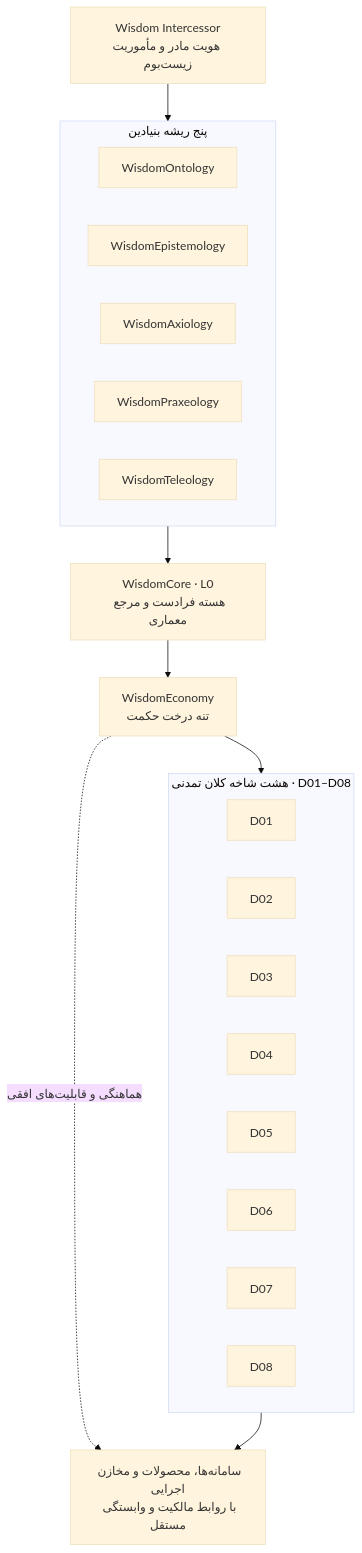
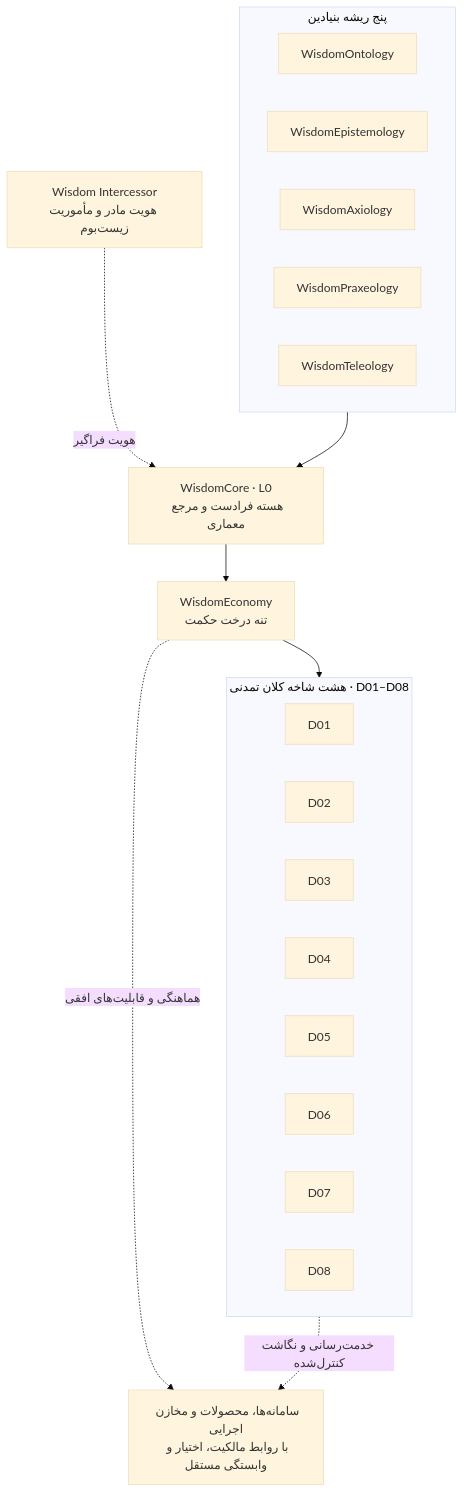
Before and after one commit to Wisdom-Intercessor/.github: the diagram in profile/README.md, drawn with Mermaid (base theme). The commit also changed other lines of this file, not shown here.

Commit message:
docs: align organization profile with WisdomEconomy trunk architecture

````diff
--- a/profile/README.md
+++ b/profile/README.md
@@ -31,30 +31,30 @@
 ```mermaid
 flowchart TB
   ID["Wisdom Intercessor<br/>هویت مادر و مأموریت زیست‌بوم"]
   subgraph ROOTS["پنج ریشه بنیادین"]
     O["WisdomOntology"]
     E["WisdomEpistemology"]
     A["WisdomAxiology"]
     P["WisdomPraxeology"]
     T["WisdomTeleology"]
   end
   CORE["WisdomCore · L0<br/>هسته فرادست و مرجع معماری"]
   TRUNK["WisdomEconomy<br/>تنه درخت حکمت"]
-  subgraph BRANCHES["هشت شاخه کلان تمدنی · D01–D08"]
+  subgraph DOMAINS["هشت شاخه کلان تمدنی · D01–D08"]
     D1["D01"] 
     D2["D02"]
     D3["D03"]
     D4["D04"]
     D5["D05"]
     D6["D06"]
     D7["D07"]
     D8["D08"]
   end
-  PORT["سامانه‌ها، محصولات و مخازن اجرایی<br/>با روابط مالکیت و وابستگی مستقل"]
-  ID --> ROOTS
+  SYSTEMS["سامانه‌ها، محصولات و مخازن اجرایی<br/>با روابط مالکیت، اختیار و وابستگی مستقل"]
+  ID -. "هویت فراگیر" .-> CORE
   ROOTS --> CORE
   CORE --> TRUNK
-  TRUNK --> BRANCHES
-  TRUNK -. "هماهنگی و قابلیت‌های افقی" .-> PORT
-  BRANCHES --> PORT
+  TRUNK --> DOMAINS
+  TRUNK -. "هماهنگی و قابلیت‌های افقی" .-> SYSTEMS
+  DOMAINS -. "خدمت‌رسانی و نگاشت کنترل‌شده" .-> SYSTEMS
 ```
````
